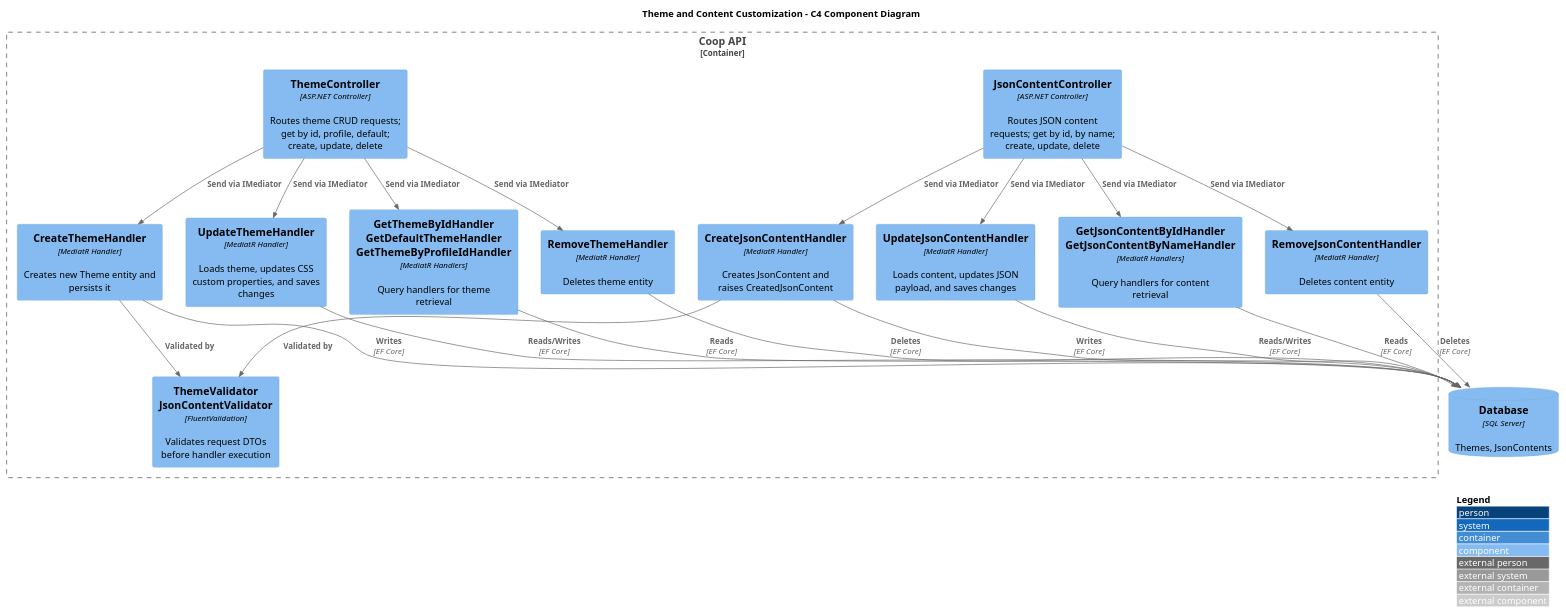
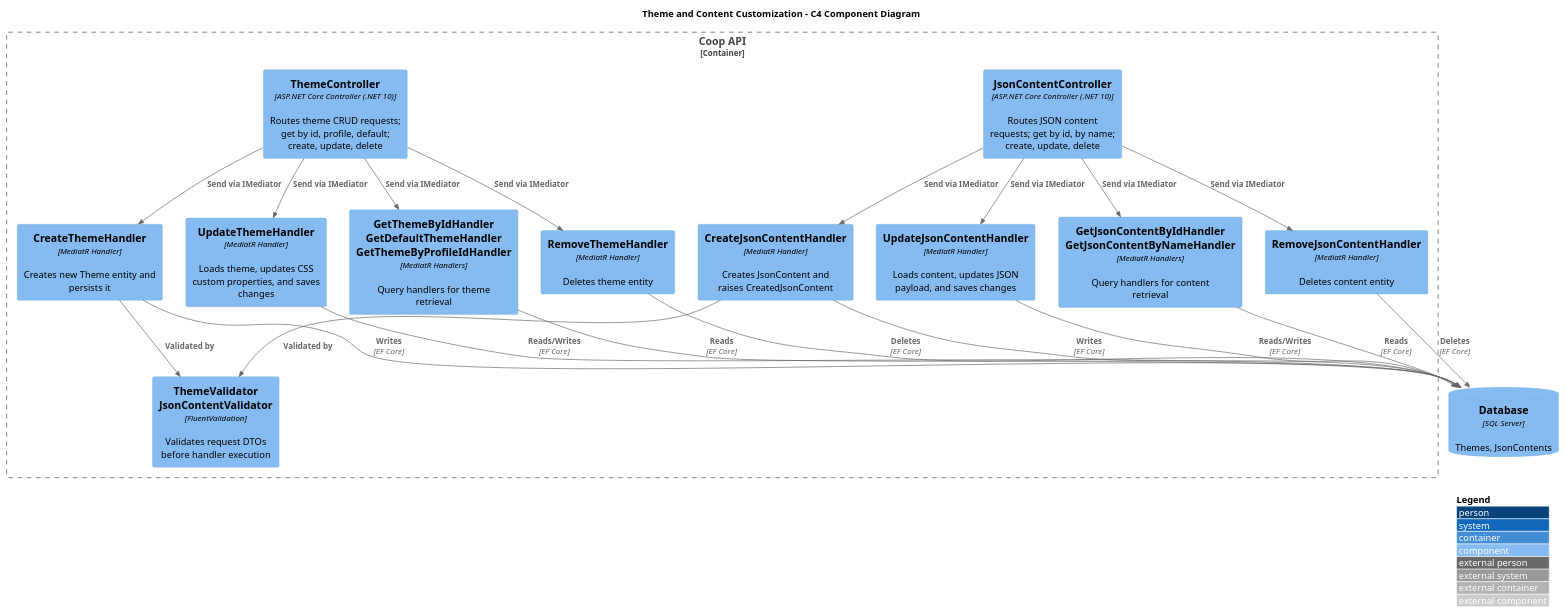
The diagram in docs/detailed-designs/10-theme-and-content-customization/c4-component.puml (QuinntyneBrown/Coop), drawn with PlantUML before and after one commit. The commit also changed 23 other files, not shown here.

Commit message:
Update C4 diagrams with .NET 10 LTS and Angular 21 baseline and consolidate solution hierarchy

```diff
--- a/docs/detailed-designs/10-theme-and-content-customization/c4-component.puml
+++ b/docs/detailed-designs/10-theme-and-content-customization/c4-component.puml
@@ -1,59 +1,59 @@
 @startuml c4-component
 
 !include https://raw.githubusercontent.com/plantuml-stdlib/C4-PlantUML/master/C4_Component.puml
 
 LAYOUT_WITH_LEGEND()
 
 title Theme and Content Customization - C4 Component Diagram
 
 Container_Boundary(api, "Coop API") {
 
-    Component(themeCtrl, "ThemeController", "ASP.NET Controller", "Routes theme CRUD requests; get by id, profile, default; create, update, delete")
+    Component(themeCtrl, "ThemeController", "ASP.NET Core Controller (.NET 10)", "Routes theme CRUD requests; get by id, profile, default; create, update, delete")
 
-    Component(jsonCtrl, "JsonContentController", "ASP.NET Controller", "Routes JSON content requests; get by id, by name; create, update, delete")
+    Component(jsonCtrl, "JsonContentController", "ASP.NET Core Controller (.NET 10)", "Routes JSON content requests; get by id, by name; create, update, delete")
 
     Component(createThemeH, "CreateThemeHandler", "MediatR Handler", "Creates new Theme entity and persists it")
 
     Component(updateThemeH, "UpdateThemeHandler", "MediatR Handler", "Loads theme, updates CSS custom properties, and saves changes")
 
     Component(getThemeH, "GetThemeByIdHandler\nGetDefaultThemeHandler\nGetThemeByProfileIdHandler", "MediatR Handlers", "Query handlers for theme retrieval")
 
     Component(removeThemeH, "RemoveThemeHandler", "MediatR Handler", "Deletes theme entity")
 
     Component(createJsonH, "CreateJsonContentHandler", "MediatR Handler", "Creates JsonContent and raises CreatedJsonContent")
 
     Component(updateJsonH, "UpdateJsonContentHandler", "MediatR Handler", "Loads content, updates JSON payload, and saves changes")
 
     Component(getJsonH, "GetJsonContentByIdHandler\nGetJsonContentByNameHandler", "MediatR Handlers", "Query handlers for content retrieval")
 
     Component(removeJsonH, "RemoveJsonContentHandler", "MediatR Handler", "Deletes content entity")
 
     Component(validator, "ThemeValidator\nJsonContentValidator", "FluentValidation", "Validates request DTOs before handler execution")
 }
 
 ComponentDb(db, "Database", "SQL Server", "Themes, JsonContents")
 
 Rel(themeCtrl, createThemeH, "Send via IMediator")
 Rel(themeCtrl, updateThemeH, "Send via IMediator")
 Rel(themeCtrl, getThemeH, "Send via IMediator")
 Rel(themeCtrl, removeThemeH, "Send via IMediator")
 
 Rel(jsonCtrl, createJsonH, "Send via IMediator")
 Rel(jsonCtrl, updateJsonH, "Send via IMediator")
 Rel(jsonCtrl, getJsonH, "Send via IMediator")
 Rel(jsonCtrl, removeJsonH, "Send via IMediator")
 
 Rel(createThemeH, db, "Writes", "EF Core")
 Rel(updateThemeH, db, "Reads/Writes", "EF Core")
 Rel(getThemeH, db, "Reads", "EF Core")
 Rel(removeThemeH, db, "Deletes", "EF Core")
 
 Rel(createJsonH, db, "Writes", "EF Core")
 Rel(updateJsonH, db, "Reads/Writes", "EF Core")
 Rel(getJsonH, db, "Reads", "EF Core")
 Rel(removeJsonH, db, "Deletes", "EF Core")
 
 Rel(createThemeH, validator, "Validated by")
 Rel(createJsonH, validator, "Validated by")
 
 @enduml
```
